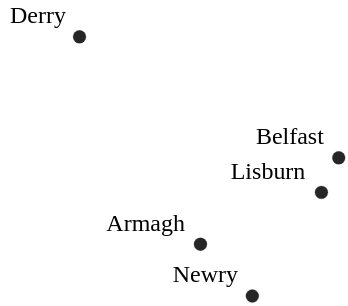
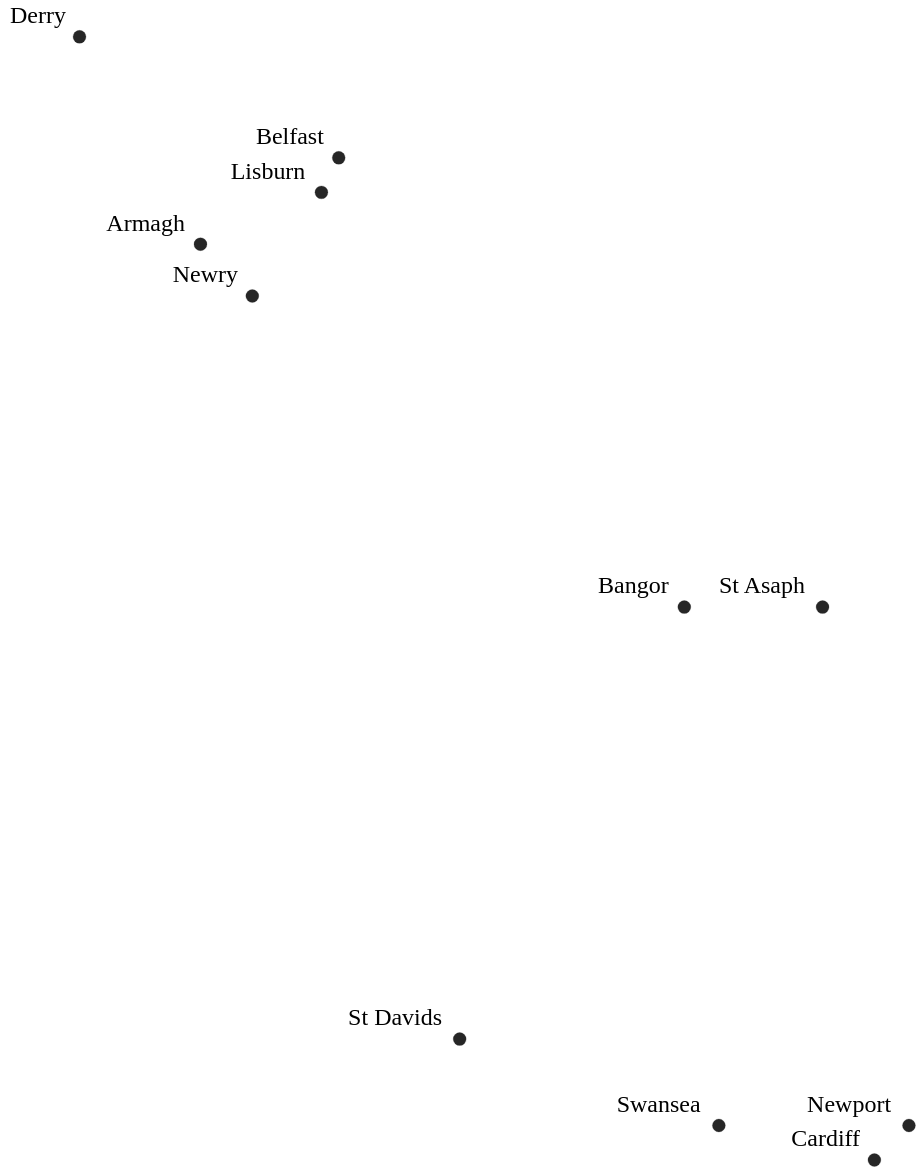
One commit to irishmicoletcando/stacks-queues-priorityqueues changed the diagram in uk-roadmap/roadmap.dot. Above: the diagram before and after it, drawn with Graphviz.

Commit message:
Add information about the country of Wales

```diff
--- a/uk-roadmap/roadmap.dot
+++ b/uk-roadmap/roadmap.dot
@@ -1,15 +1,26 @@
 graph "Cities in the United Kingdom" {
   graph [layout = fdp; bgcolor = white;];
   node [shape = point; color = gray15; height = 0.75; fontsize = 100;];
   edge [color = gray15; penwidth = 2.5; fontsize = 60;];
   
   // north ireland info
   subgraph northern_ireland {
     node [country = "Northern Ireland";];
     armagh [year = 1994;latitude = 54.3499;longitude = -6.6546;xlabel = "Armagh";pos = "7,74!";];
     belfast [year = 1888;latitude = 54.596389;longitude = -5.93;xlabel = "Belfast";pos = "15,79!";];
     derry [year = 1604;latitude = 54.9975;longitude = -7.32;xlabel = "Derry";pos = "0,86!";];
     lisburn [year = 2002;latitude = 54.512;longitude = -6.031;xlabel = "Lisburn";pos = "14,77!";];
     newry [year = 2002;latitude = 54.176;longitude = -6.349;xlabel = "Newry";pos = "10,71!";];
   }
+  
+  // wales info
+  subgraph wales {
+    node [country = "Wales";];
+    bangor [year = 0;latitude = 53.228;longitude = -4.128;xlabel = "Bangor";pos = "35,53!";];
+    cardiff [year = 1905;latitude = 51.481667;longitude = -3.179167;xlabel = "Cardiff";pos = "46,21!";];
+    newport [year = 2002;latitude = 51.583333;longitude = -3;xlabel = "Newport";pos = "48,23!";];
+    st_asaph [year = 2012;latitude = 53.258;longitude = -3.442;xlabel = "St Asaph";pos = "43,53!";];
+    st_davids [year = 1994;latitude = 51.882;longitude = -5.269;xlabel = "St Davids";pos = "22,28!";];
+    swansea [year = 1969;latitude = 51.616667;longitude = -3.95;xlabel = "Swansea";pos = "37,23!";];
+  }
 }
```
